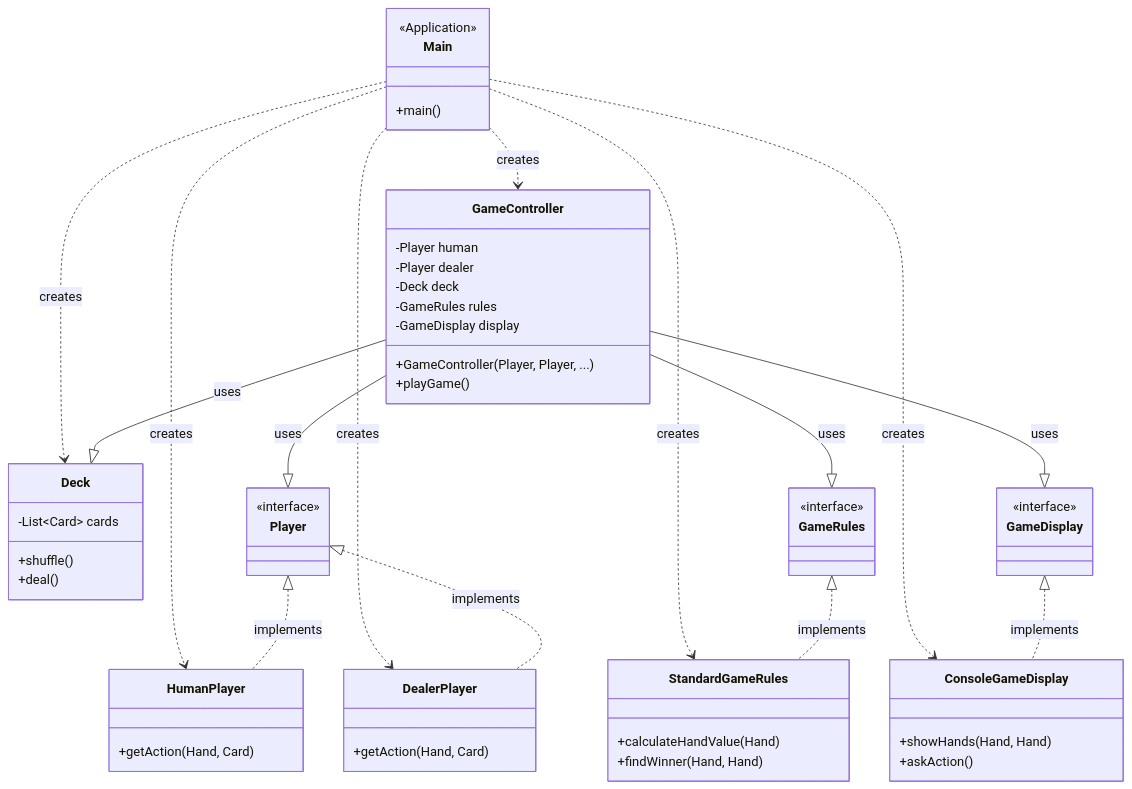
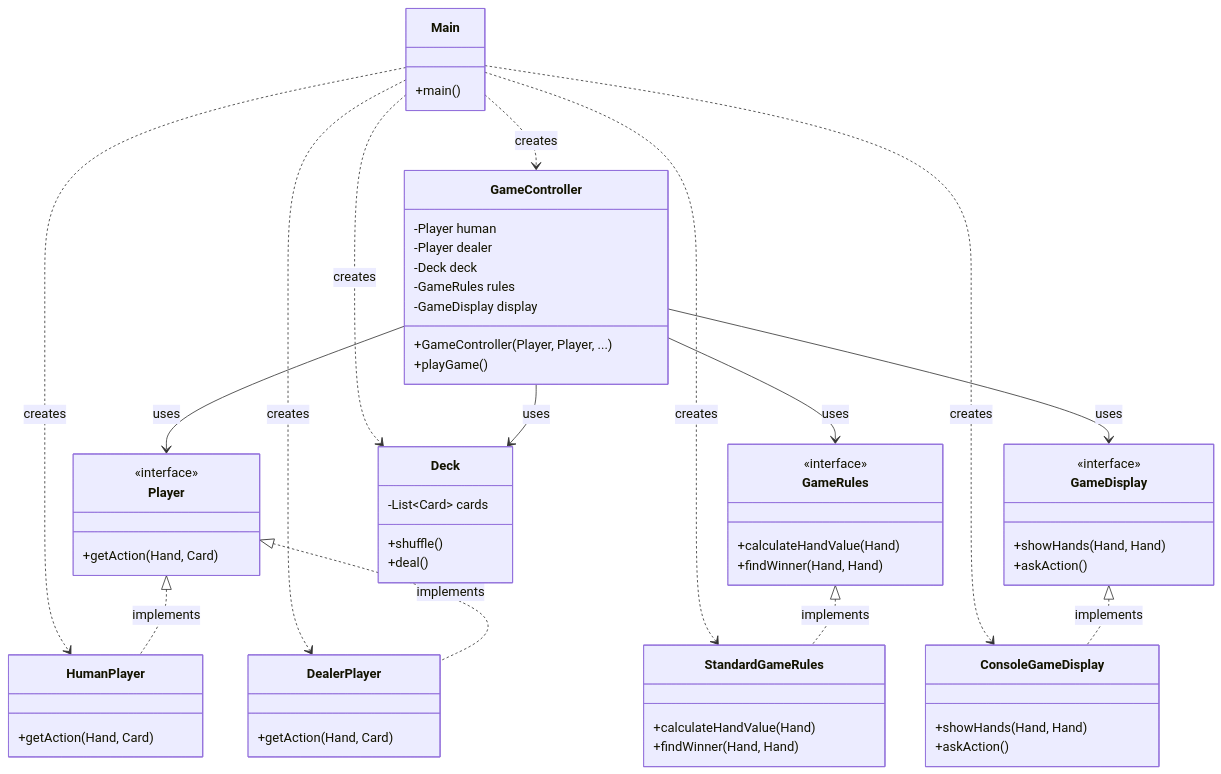
The diagram in docs/n01_final_project.md (vplanto/java), drawn with Mermaid before and after one commit. The commit also changed other lines of this file and 1 other file, not shown here.

Commit message:
docs: style details blocks, lazy-render mermaid inside details, and refine n01_final_project

````diff
--- a/docs/n01_final_project.md
+++ b/docs/n01_final_project.md
@@ -240,56 +209,65 @@
 ```mermaid
 classDiagram
+    class Player {
+        <<interface>>
+        +getAction(Hand, Card)
+    }
+    class GameRules {
+        <<interface>>
+        +calculateHandValue(Hand)
+        +findWinner(Hand, Hand)
+    }
+    class GameDisplay {
+        <<interface>>
+        +showHands(Hand, Hand)
+        +askAction()
+    }
     class GameController {
         -Player human
         -Player dealer
         -Deck deck
         -GameRules rules
         -GameDisplay display
         +GameController(Player, Player, ...)
         +playGame()
     }
     class Main {
-        <<Application>>
         +main()
     }
     class Deck {
         -List~Card~ cards
         +shuffle()
         +deal()
     }
     class StandardGameRules {
         +calculateHandValue(Hand)
         +findWinner(Hand, Hand)
     }
     class ConsoleGameDisplay {
         +showHands(Hand, Hand)
         +askAction()
     }
     class HumanPlayer {
         +getAction(Hand, Card)
     }
     class DealerPlayer {
         +getAction(Hand, Card)
     }
 
     Main ..> GameController : creates
     Main ..> Deck : creates
     Main ..> StandardGameRules : creates
     Main ..> ConsoleGameDisplay : creates
     Main ..> HumanPlayer : creates
     Main ..> DealerPlayer : creates
 
-    GameController --|> Player : uses
-    GameController --|> GameRules : uses
-    GameController --|> GameDisplay : uses
-    GameController --|> Deck : uses
+    GameController --> Player : uses
+    GameController --> GameRules : uses
+    GameController --> GameDisplay : uses
+    GameController --> Deck : uses
 
     Player <|.. HumanPlayer : implements
     Player <|.. DealerPlayer : implements
     GameRules <|.. StandardGameRules : implements
     GameDisplay <|.. ConsoleGameDisplay : implements
-
-    <<interface>> Player
-    <<interface>> GameRules
-    <<interface>> GameDisplay
 ```
````
